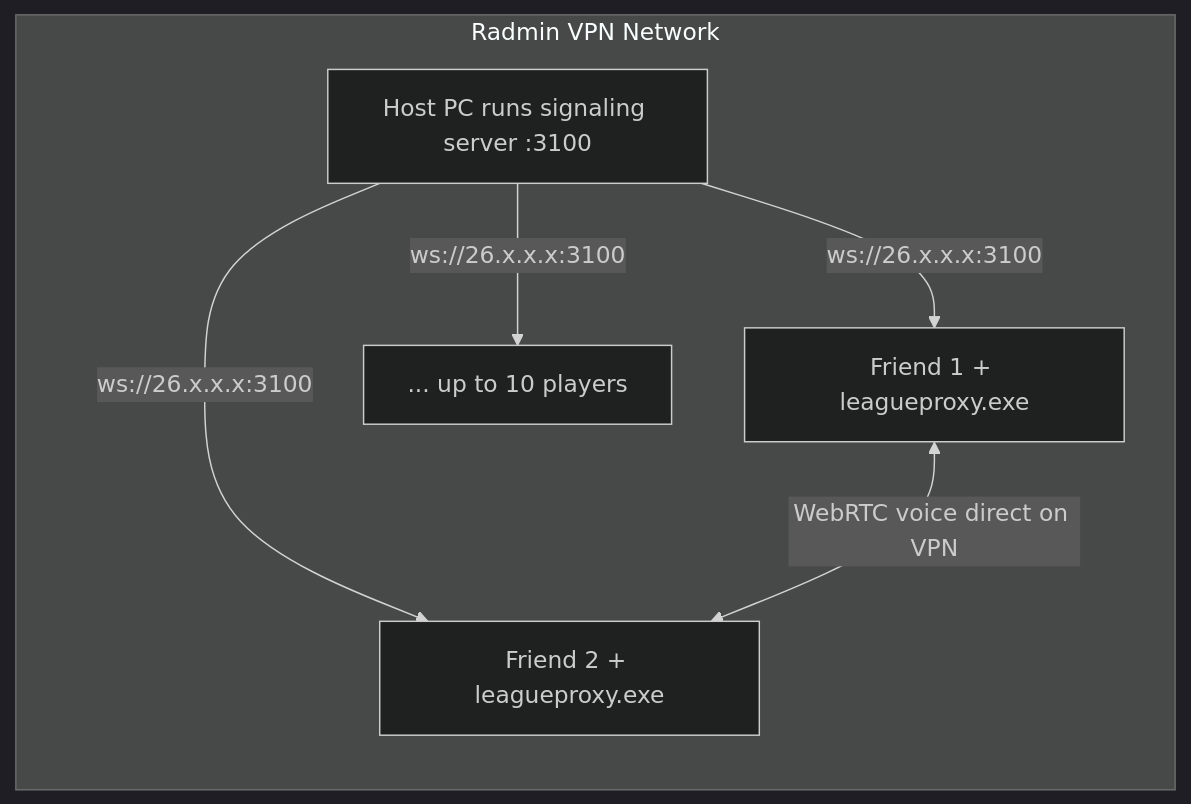
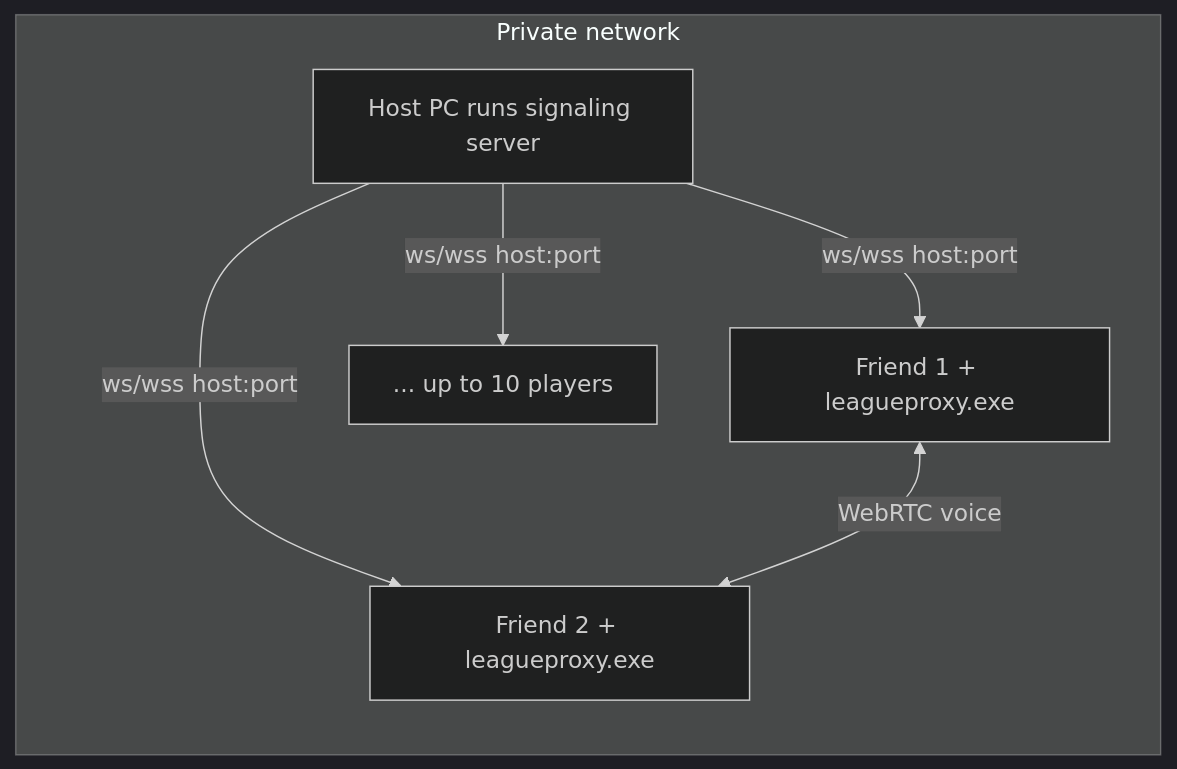
Before and after one commit to Sandrochkhaidzee/LeagueCustomProxy: the diagram in docs/friend-playbook.md, drawn with Mermaid (dark theme). The commit also changed other lines of this file and 176 other files, not shown here.

````diff
--- a/docs/friend-playbook.md
+++ b/docs/friend-playbook.md
@@ -50,14 +52,14 @@
 ```mermaid
 flowchart LR
-    subgraph radmin [Radmin VPN Network]
-        Host[Host PC runs signaling server :3100]
+    subgraph network [Private network]
+        Host[Host PC runs signaling server]
         F1[Friend 1 + leagueproxy.exe]
         F2[Friend 2 + leagueproxy.exe]
         F10[... up to 10 players]
     end
 
-    Host -->|ws://26.x.x.x:3100| F1
-    Host -->|ws://26.x.x.x:3100| F2
-    Host -->|ws://26.x.x.x:3100| F10
-    F1 <-->|WebRTC voice direct on VPN| F2
+    Host -->|ws/wss host:port| F1
+    Host -->|ws/wss host:port| F2
+    Host -->|ws/wss host:port| F10
+    F1 <-->|WebRTC voice| F2
 ```
````
